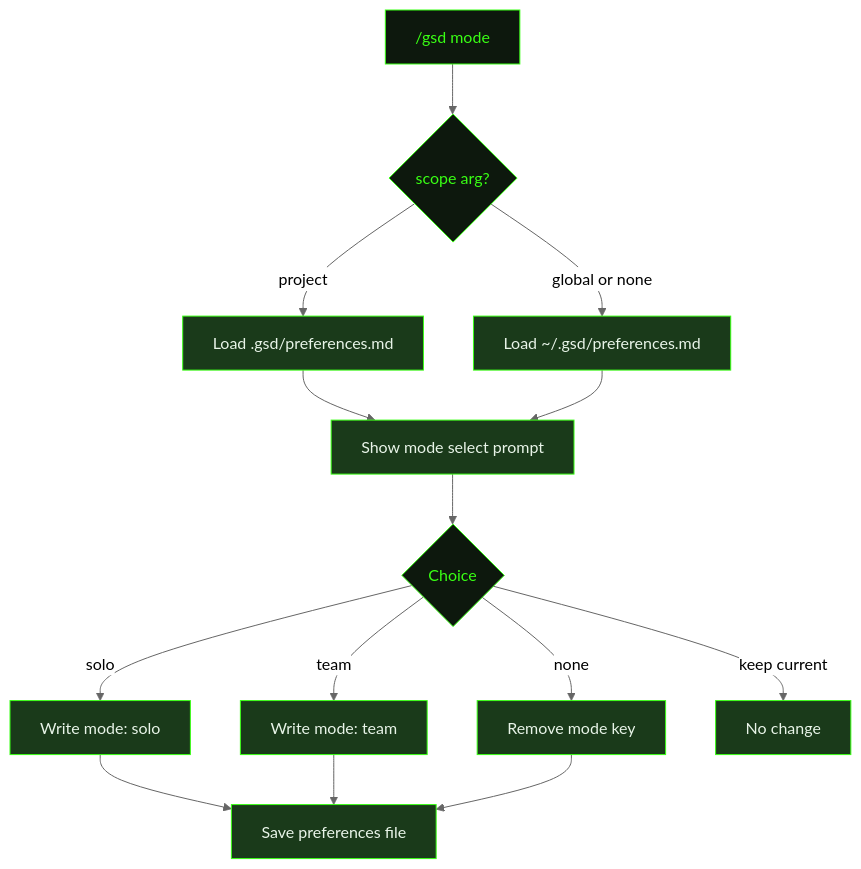
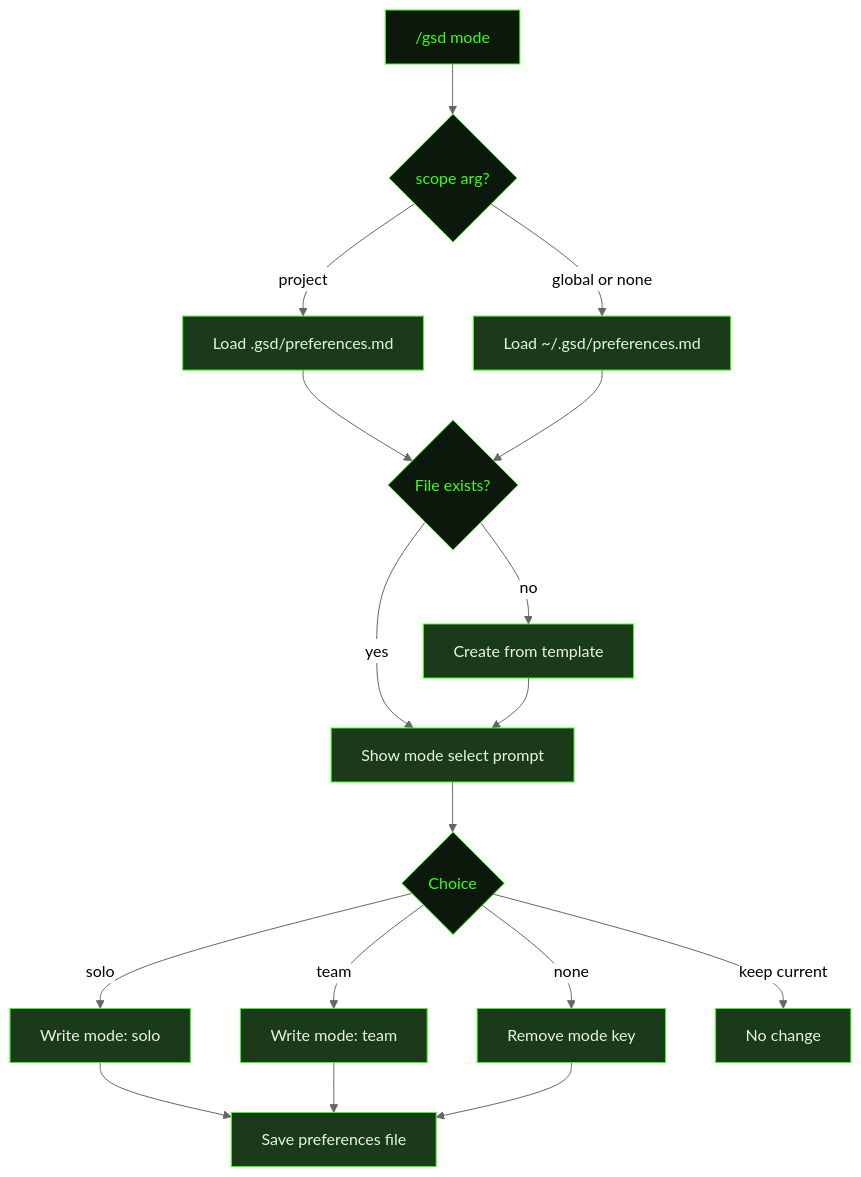
Before and after one commit to shusha-group/gsd2-guide: the diagram in src/content/docs/commands/mode.mdx, drawn with Mermaid (neutral theme). The commit also changed other lines of this file and 33 other files, not shown here.

````diff
--- a/src/content/docs/commands/mode.mdx
+++ b/src/content/docs/commands/mode.mdx
@@ -28,28 +28,33 @@
 ```mermaid
 flowchart TD
     A["/gsd mode"] --> B{scope arg?}
     B -- "project" --> C[Load .gsd/preferences.md]
     B -- "global or none" --> D[Load ~/.gsd/preferences.md]
-    C --> E[Show mode select prompt]
+    C --> E{File exists?}
     D --> E
-    E --> F{Choice}
-    F -- solo --> G["Write mode: solo"]
-    F -- team --> H["Write mode: team"]
-    F -- none --> I["Remove mode key"]
-    F -- keep current --> J[No change]
-    G --> K[Save preferences file]
-    H --> K
-    I --> K
+    E -- no --> F[Create from template]
+    E -- yes --> G[Show mode select prompt]
+    F --> G
+    G --> H{Choice}
+    H -- solo --> I["Write mode: solo"]
+    H -- team --> J["Write mode: team"]
+    H -- none --> K["Remove mode key"]
+    H -- keep current --> L[No change]
+    I --> M[Save preferences file]
+    J --> M
+    K --> M
 
     style A fill:#0d180d,stroke:#39ff14,color:#39ff14
     style B fill:#0d180d,stroke:#39ff14,color:#39ff14
-    style F fill:#0d180d,stroke:#39ff14,color:#39ff14
+    style E fill:#0d180d,stroke:#39ff14,color:#39ff14
+    style H fill:#0d180d,stroke:#39ff14,color:#39ff14
     style C fill:#1a3a1a,stroke:#39ff14,color:#e8f4e8
     style D fill:#1a3a1a,stroke:#39ff14,color:#e8f4e8
-    style E fill:#1a3a1a,stroke:#39ff14,color:#e8f4e8
+    style F fill:#1a3a1a,stroke:#39ff14,color:#e8f4e8
     style G fill:#1a3a1a,stroke:#39ff14,color:#e8f4e8
-    style H fill:#1a3a1a,stroke:#39ff14,color:#e8f4e8
     style I fill:#1a3a1a,stroke:#39ff14,color:#e8f4e8
     style J fill:#1a3a1a,stroke:#39ff14,color:#e8f4e8
     style K fill:#1a3a1a,stroke:#39ff14,color:#e8f4e8
+    style L fill:#1a3a1a,stroke:#39ff14,color:#e8f4e8
+    style M fill:#1a3a1a,stroke:#39ff14,color:#e8f4e8
 ```
````
